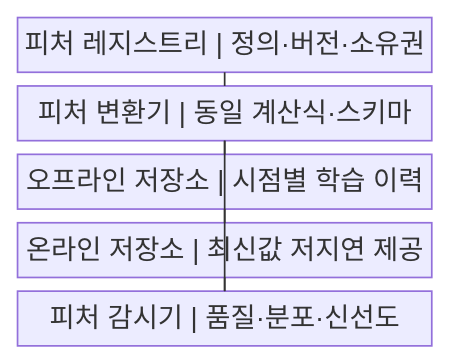
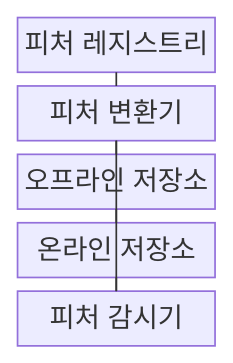
Before and after one commit to agnusdei1207/knowledge-base: the first of 2 diagrams in src/content/docs/notes/03-software/204_feature_store.md, drawn with Mermaid. The commit also changed other lines of this file and 238 other files, not shown here.

````diff
--- a/src/content/docs/notes/03-software/204_feature_store.md
+++ b/src/content/docs/notes/03-software/204_feature_store.md
@@ -55,14 +55,14 @@
 ```mermaid
-block
+block-beta
     columns 1
-    A["피처 레지스트리 | 정의·버전·소유권"]
-    B["피처 변환기 | 동일 계산식·스키마"]
-    C["오프라인 저장소 | 시점별 학습 이력"]
-    D["온라인 저장소 | 최신값 저지연 제공"]
-    E["피처 감시기 | 품질·분포·신선도"]
+    A["피처 레지스트리"]
+    B["피처 변환기"]
+    C["오프라인 저장소"]
+    D["온라인 저장소"]
+    E["피처 감시기"]
     A --- B
     B --- C
     B --- D
     C --- E
     D --- E
 ```
````
